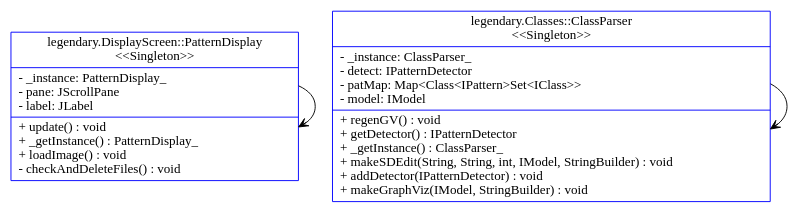
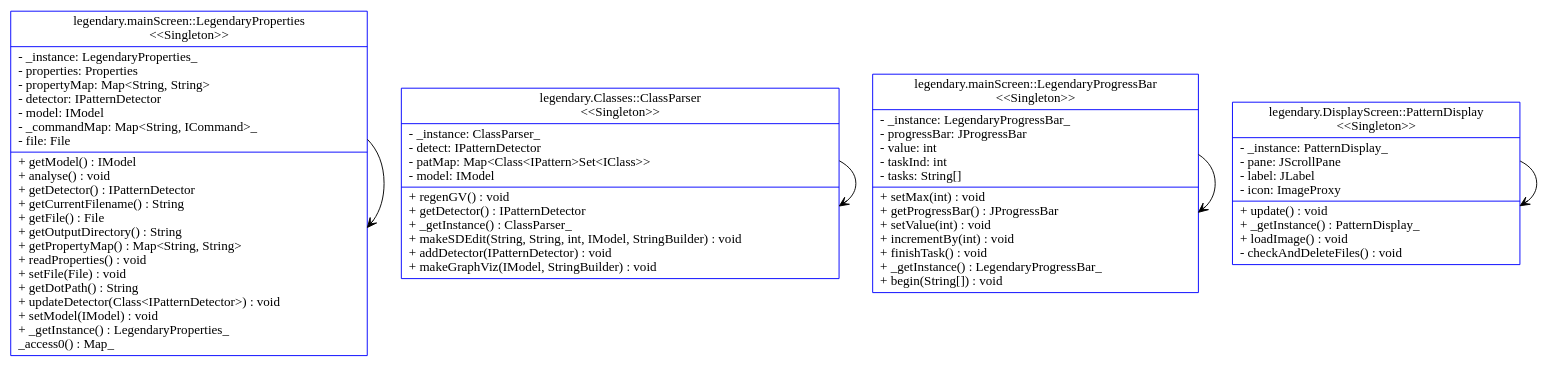
Before and after one commit to pastorsj/LegendaryPatterns: the diagram in input_output/text.dot, drawn with Graphviz. The commit also changed 4 other files, not shown here.

```diff
--- a/input_output/text.dot
+++ b/input_output/text.dot
@@ -1,34 +1,82 @@
 digraph G{
 	node [shape = "record"]
-legendaryDisplayScreenPatternDisplay [
-	label = "{legendary.DisplayScreen::PatternDisplay\n\<\<Singleton\>\>|
-	- _instance: PatternDisplay_\l
-	- pane: JScrollPane\l
-	- label: JLabel\l
+legendarymainScreenLegendaryProperties [
+	label = "{legendary.mainScreen::LegendaryProperties\n\<\<Singleton\>\>|
+	- _instance: LegendaryProperties_\l
+	- properties: Properties\l
+	- propertyMap: Map\<String, String\>\l
+	- detector: IPatternDetector\l
+	- model: IModel\l
+	- _commandMap: Map\<String, ICommand\>_\l
+	- file: File\l
 	|
-	+ update() : void\l
-	+ _getInstance() : PatternDisplay_\l
-	+ loadImage() : void\l
-	- checkAndDeleteFiles() : void\l
+	+ getModel() : IModel\l
+	+ analyse() : void\l
+	+ getDetector() : IPatternDetector\l
+	+ getCurrentFilename() : String\l
+	+ getFile() : File\l
+	+ getOutputDirectory() : String\l
+	+ getPropertyMap() : Map\<String, String\>\l
+	+ readProperties() : void\l
+	+ setFile(File) : void\l
+	+ getDotPath() : String\l
+	+ updateDetector(Class\<IPatternDetector\>) : void\l
+	+ setModel(IModel) : void\l
+	+ _getInstance() : LegendaryProperties_\l
+	 _access0() : Map_\l
 	}"
 	color = blue]
 legendaryClassesClassParser [
 	label = "{legendary.Classes::ClassParser\n\<\<Singleton\>\>|
 	- _instance: ClassParser_\l
 	- detect: IPatternDetector\l
 	- patMap: Map\<Class\<IPattern\>Set\<IClass\>\>\l
 	- model: IModel\l
 	|
 	+ regenGV() : void\l
 	+ getDetector() : IPatternDetector\l
 	+ _getInstance() : ClassParser_\l
 	+ makeSDEdit(String, String, int, IModel, StringBuilder) : void\l
 	+ addDetector(IPatternDetector) : void\l
 	+ makeGraphViz(IModel, StringBuilder) : void\l
 	}"
 	color = blue]
+legendarymainScreenLegendaryProgressBar [
+	label = "{legendary.mainScreen::LegendaryProgressBar\n\<\<Singleton\>\>|
+	- _instance: LegendaryProgressBar_\l
+	- progressBar: JProgressBar\l
+	- value: int\l
+	- taskInd: int\l
+	- tasks: String[]\l
+	|
+	+ setMax(int) : void\l
+	+ getProgressBar() : JProgressBar\l
+	+ setValue(int) : void\l
+	+ incrementBy(int) : void\l
+	+ finishTask() : void\l
+	+ _getInstance() : LegendaryProgressBar_\l
+	+ begin(String[]) : void\l
+	}"
+	color = blue]
+legendaryDisplayScreenPatternDisplay [
+	label = "{legendary.DisplayScreen::PatternDisplay\n\<\<Singleton\>\>|
+	- _instance: PatternDisplay_\l
+	- pane: JScrollPane\l
+	- label: JLabel\l
+	- icon: ImageProxy\l
+	|
+	+ update() : void\l
+	+ _getInstance() : PatternDisplay_\l
+	+ loadImage() : void\l
+	- checkAndDeleteFiles() : void\l
+	}"
+	color = blue]
+	edge [style = "solid"] [arrowhead = "open"]
+	[label = ""]legendarymainScreenLegendaryProperties->legendarymainScreenLegendaryProperties
+	edge [style = "solid"] [arrowhead = "open"]
+	[label = ""]legendaryClassesClassParser->legendaryClassesClassParser
+	edge [style = "solid"] [arrowhead = "open"]
+	[label = ""]legendarymainScreenLegendaryProgressBar->legendarymainScreenLegendaryProgressBar
 	edge [style = "solid"] [arrowhead = "open"]
 	[label = ""]legendaryDisplayScreenPatternDisplay->legendaryDisplayScreenPatternDisplay
-	edge [style = "solid"] [arrowhead = "open"]
-	[label = ""]legendaryClassesClassParser->legendaryClassesClassParser
 }
```
